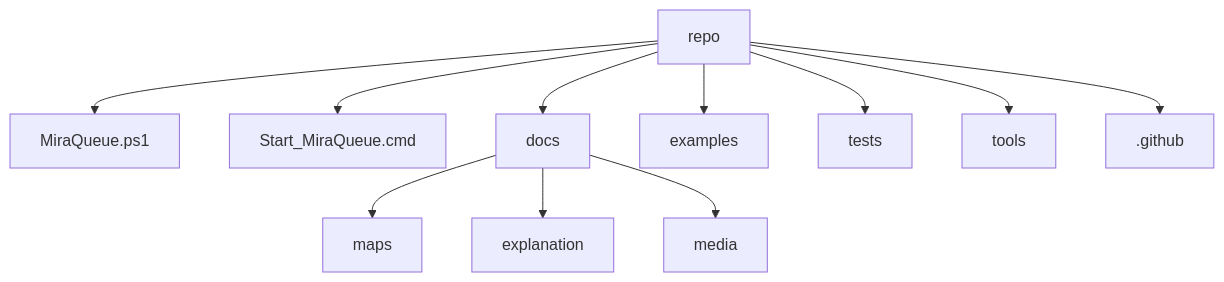
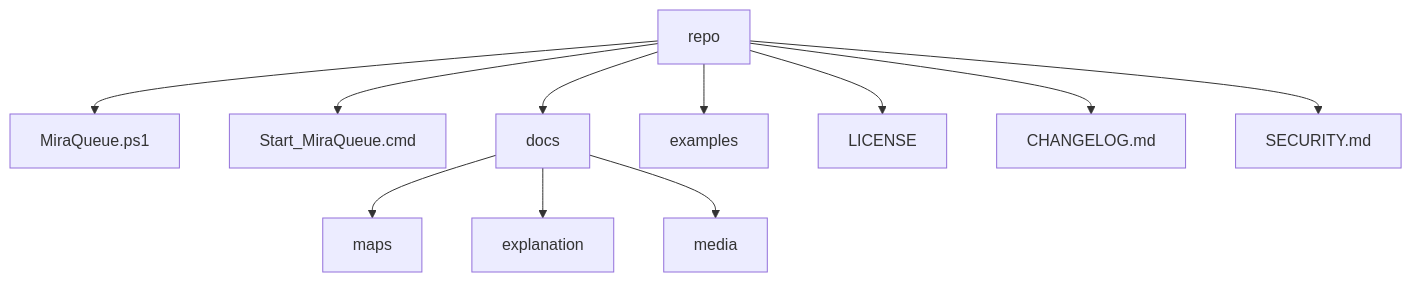
The diagram in docs/maps/repository-map.md (AMD4x/miraqueue), drawn with Mermaid before and after one commit. The commit also changed other lines of this file and 12 other files, not shown here.

````diff
--- a/docs/maps/repository-map.md
+++ b/docs/maps/repository-map.md
@@ -3,13 +3,13 @@
 ```mermaid
 graph TD
   A[repo] --> B[MiraQueue.ps1]
   A --> C[Start_MiraQueue.cmd]
   A --> D[docs]
   A --> E[examples]
-  A --> F[tests]
-  A --> G[tools]
-  A --> H[.github]
+  A --> F[LICENSE]
+  A --> G[CHANGELOG.md]
+  A --> H[SECURITY.md]
   D --> I[maps]
   D --> J[explanation]
   D --> K[media]
 ```
````
